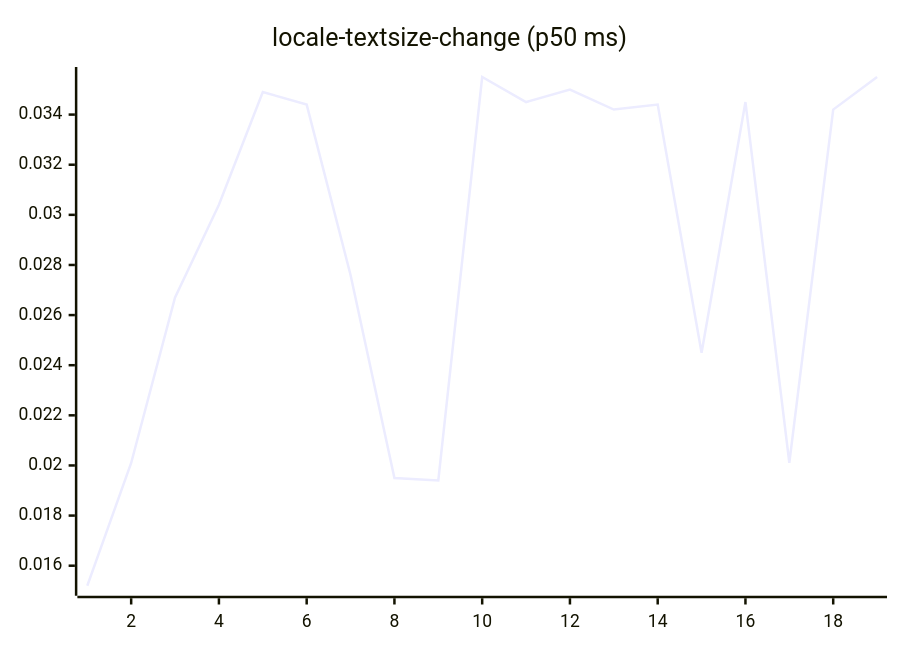
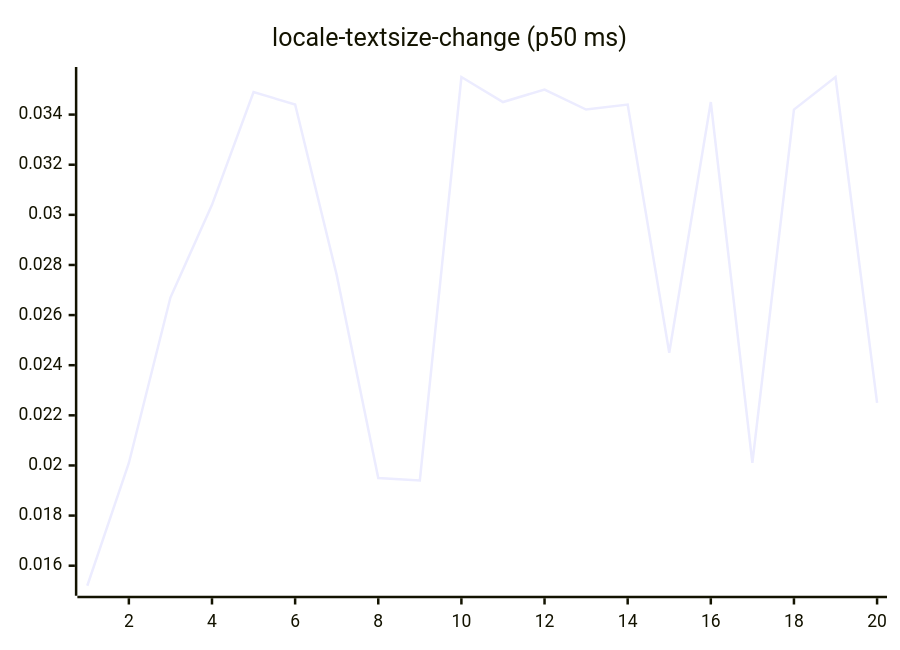
Diagram 13 of 27 in README.md (josha/Facet), drawn with Mermaid before and after one commit. The commit also changed other lines of this file and 2 other files, not shown here.

````diff
--- a/README.md
+++ b/README.md
@@ -147,6 +147,6 @@
 ```mermaid
 xychart-beta
     title "locale-textsize-change (p50 ms)"
-    x-axis 1 --> 19
-    line [0.0152, 0.0201, 0.0267, 0.0304, 0.0349, 0.0344, 0.0276, 0.0195, 0.0194, 0.0355, 0.0345, 0.0350, 0.0342, 0.0344, 0.0245, 0.0345, 0.0201, 0.0342, 0.0355]
+    x-axis 1 --> 20
+    line [0.0152, 0.0201, 0.0267, 0.0304, 0.0349, 0.0344, 0.0276, 0.0195, 0.0194, 0.0355, 0.0345, 0.0350, 0.0342, 0.0344, 0.0245, 0.0345, 0.0201, 0.0342, 0.0355, 0.0225]
 ```
````
